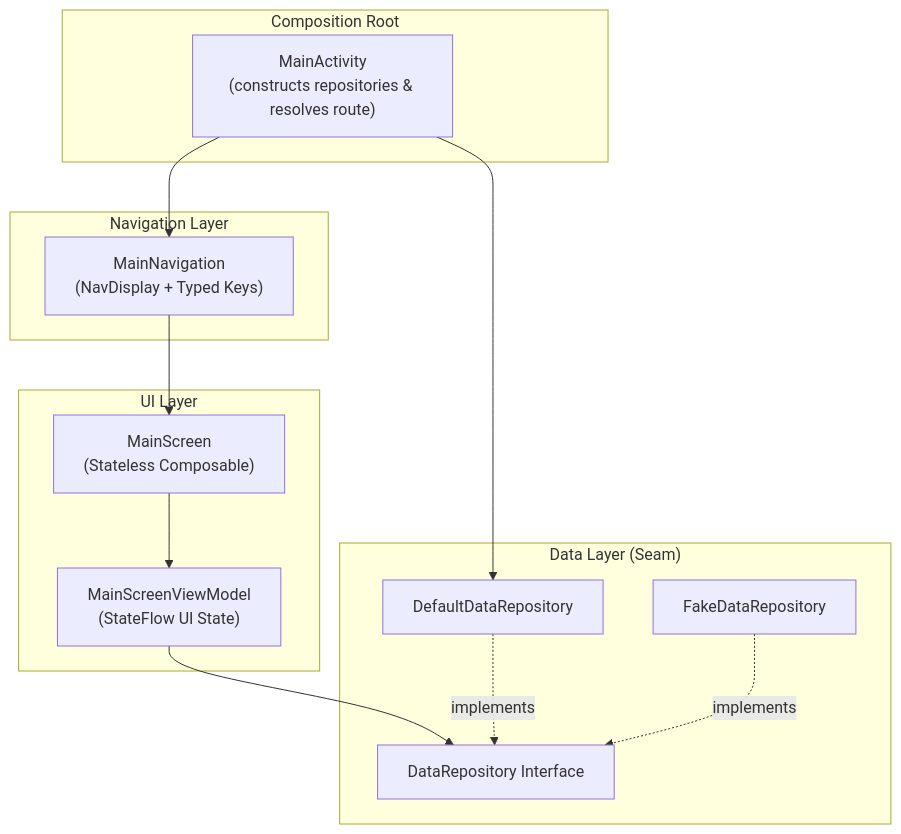
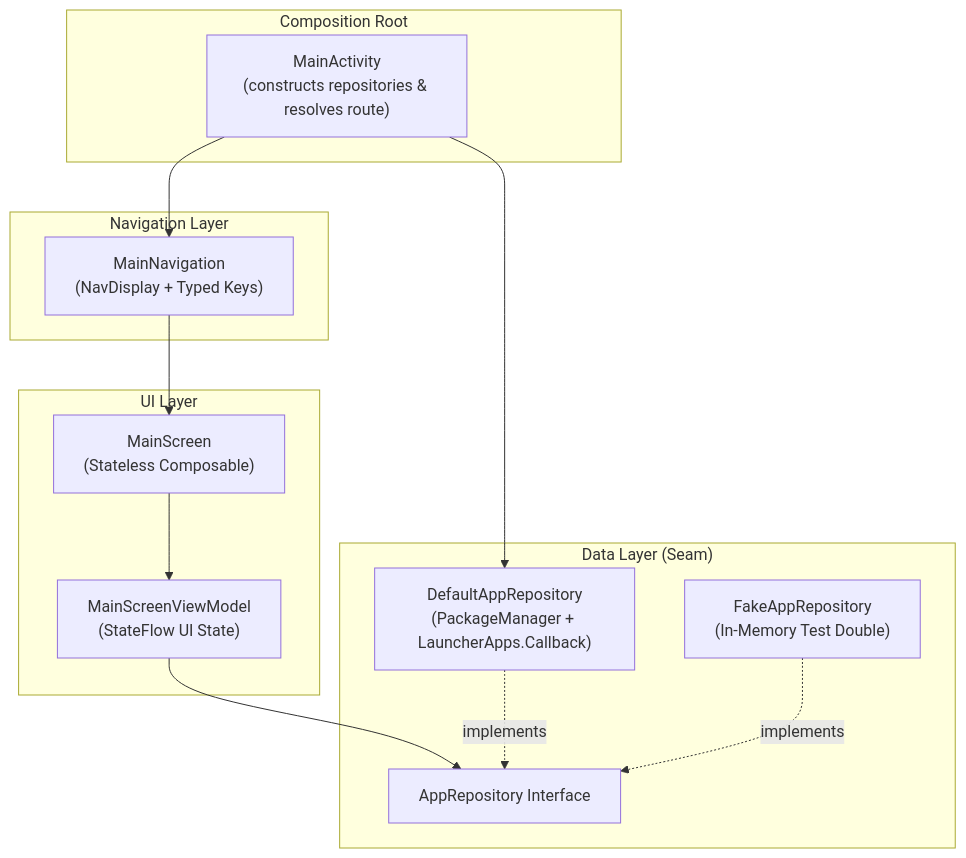
The diagram in docs/architecture.md (MaigTV/maigtv), drawn with Mermaid before and after one commit. The commit also changed other lines of this file and 13 other files, not shown here.

First line of the commit message:
feat(repository): query and launch installed apps via AppRepository

````diff
--- a/docs/architecture.md
+++ b/docs/architecture.md
@@ -39,29 +39,29 @@
 ```mermaid
 flowchart TD
     subgraph CompositionRoot["Composition Root"]
         MainActivity["MainActivity<br/>(constructs repositories & resolves route)"]
     end
 
     subgraph Navigation["Navigation Layer"]
         MainNavigation["MainNavigation<br/>(NavDisplay + Typed Keys)"]
     end
 
     subgraph UILayer["UI Layer"]
         MainScreen["MainScreen<br/>(Stateless Composable)"]
         MainViewModel["MainScreenViewModel<br/>(StateFlow UI State)"]
     end
 
     subgraph DataLayer["Data Layer (Seam)"]
-        DataRepoInterface["DataRepository Interface"]
-        DefaultDataRepo["DefaultDataRepository"]
-        FakeDataRepo["FakeDataRepository"]
+        AppRepoInterface["AppRepository Interface"]
+        DefaultAppRepo["DefaultAppRepository<br/>(PackageManager + LauncherApps.Callback)"]
+        FakeAppRepo["FakeAppRepository<br/>(In-Memory Test Double)"]
     end
 
     MainActivity --> MainNavigation
-    MainActivity --> DefaultDataRepo
+    MainActivity --> DefaultAppRepo
     MainNavigation --> MainScreen
     MainScreen --> MainViewModel
-    MainViewModel --> DataRepoInterface
-    DefaultDataRepo -.implements.-> DataRepoInterface
-    FakeDataRepo -.implements.-> DataRepoInterface
+    MainViewModel --> AppRepoInterface
+    DefaultAppRepo -.implements.-> AppRepoInterface
+    FakeAppRepo -.implements.-> AppRepoInterface
 ```
````
